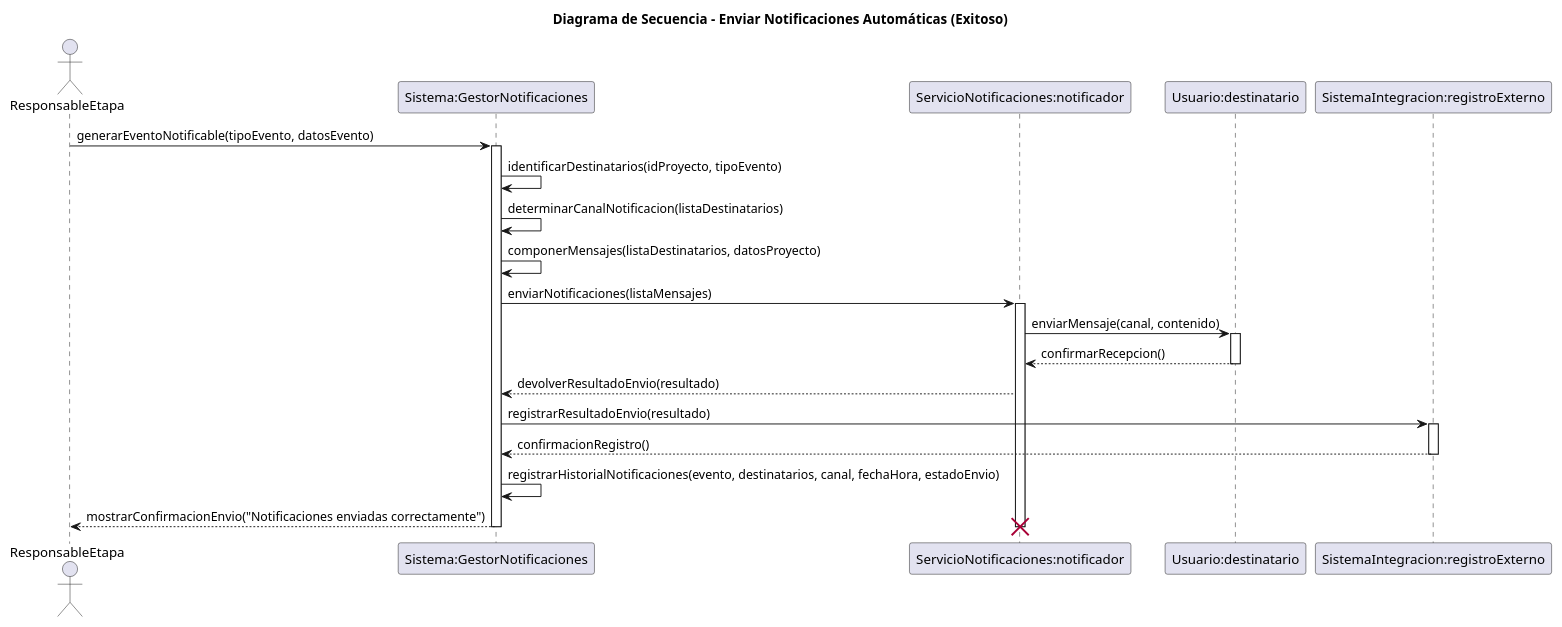
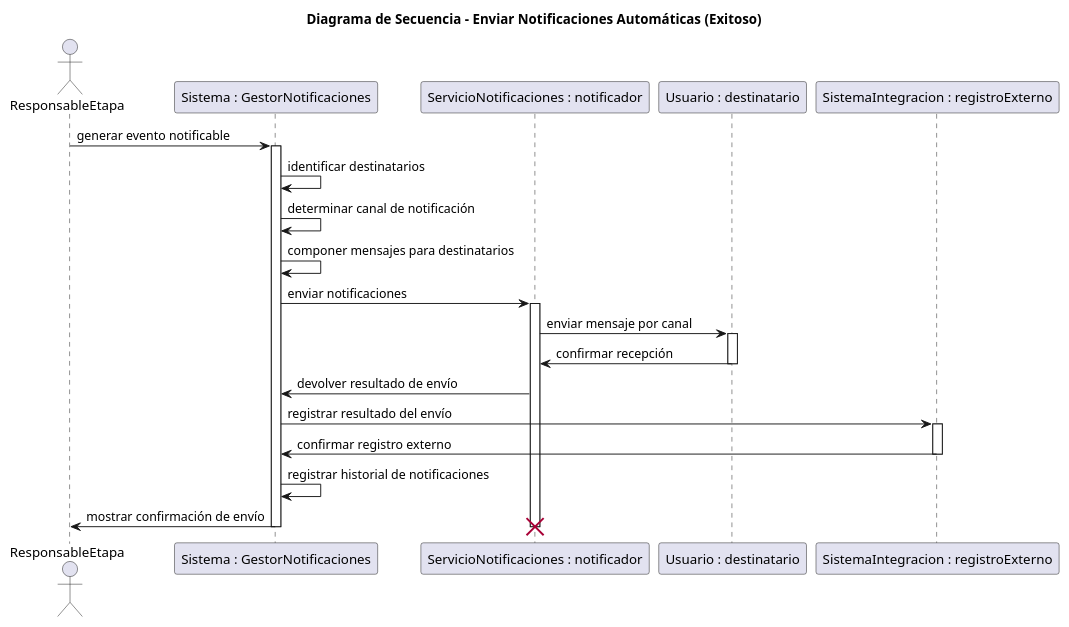
One commit to GonzaloBarbano/SistemaProductoraVideos changed the diagram in diagramas/05-diagramas-secuencia/05-enviar-notificacion-enviar-notificaciones-automaticas-exitoso-05.puml. Above: the diagram before and after it, drawn with PlantUML. The commit also changed other lines of this file and 9 other files, not shown here.

Commit message:
Correcion de errores en los diagramas de secuencia

```diff
--- a/diagramas/05-diagramas-secuencia/05-enviar-notificacion-enviar-notificaciones-automaticas-exitoso-05.puml
+++ b/diagramas/05-diagramas-secuencia/05-enviar-notificacion-enviar-notificaciones-automaticas-exitoso-05.puml
@@ -1,41 +1,41 @@
 @startuml
 title Diagrama de Secuencia - Enviar Notificaciones Automáticas (Exitoso)
 
 actor ResponsableEtapa
-participant "Sistema:GestorNotificaciones" as Sistema
-participant "ServicioNotificaciones:notificador" as ServicioNotificaciones
-participant "Usuario:destinatario" as Destinatario
-participant "SistemaIntegracion:registroExterno" as SistemaIntegracion
+participant "Sistema : GestorNotificaciones" as Sistema
+participant "ServicioNotificaciones : notificador" as ServicioNotificaciones
+participant "Usuario : destinatario" as Destinatario
+participant "SistemaIntegracion : registroExterno" as SistemaIntegracion
 
 '--- Inicio del flujo ---
-ResponsableEtapa -> Sistema: generarEventoNotificable(tipoEvento, datosEvento)
+ResponsableEtapa -> Sistema : generar evento notificable
 activate Sistema
 
-Sistema -> Sistema: identificarDestinatarios(idProyecto, tipoEvento)
-Sistema -> Sistema: determinarCanalNotificacion(listaDestinatarios)
-Sistema -> Sistema: componerMensajes(listaDestinatarios, datosProyecto)
+Sistema -> Sistema : identificar destinatarios
+Sistema -> Sistema : determinar canal de notificación
+Sistema -> Sistema : componer mensajes para destinatarios
 
-Sistema -> ServicioNotificaciones: enviarNotificaciones(listaMensajes)
+Sistema -> ServicioNotificaciones : enviar notificaciones
 activate ServicioNotificaciones
 
-ServicioNotificaciones -> Destinatario: enviarMensaje(canal, contenido)
+ServicioNotificaciones -> Destinatario : enviar mensaje por canal
 activate Destinatario
-Destinatario --> ServicioNotificaciones: confirmarRecepcion()
+Destinatario -> ServicioNotificaciones : confirmar recepción
 deactivate Destinatario
 
-ServicioNotificaciones --> Sistema: devolverResultadoEnvio(resultado)
-Sistema -> SistemaIntegracion: registrarResultadoEnvio(resultado)
+ServicioNotificaciones -> Sistema : devolver resultado de envío
+
+Sistema -> SistemaIntegracion : registrar resultado del envío
 activate SistemaIntegracion
-SistemaIntegracion --> Sistema: confirmacionRegistro()
+SistemaIntegracion -> Sistema : confirmar registro externo
 deactivate SistemaIntegracion
 
-Sistema -> Sistema: registrarHistorialNotificaciones(evento, destinatarios, canal, fechaHora, estadoEnvio)
-Sistema --> ResponsableEtapa: mostrarConfirmacionEnvio("Notificaciones enviadas correctamente")
+Sistema -> Sistema : registrar historial de notificaciones
+Sistema -> ResponsableEtapa : mostrar confirmación de envío
 
 deactivate ServicioNotificaciones
 deactivate Sistema
 
-'--- Finalización de objeto temporal ---
 destroy ServicioNotificaciones
 
 @enduml
```
